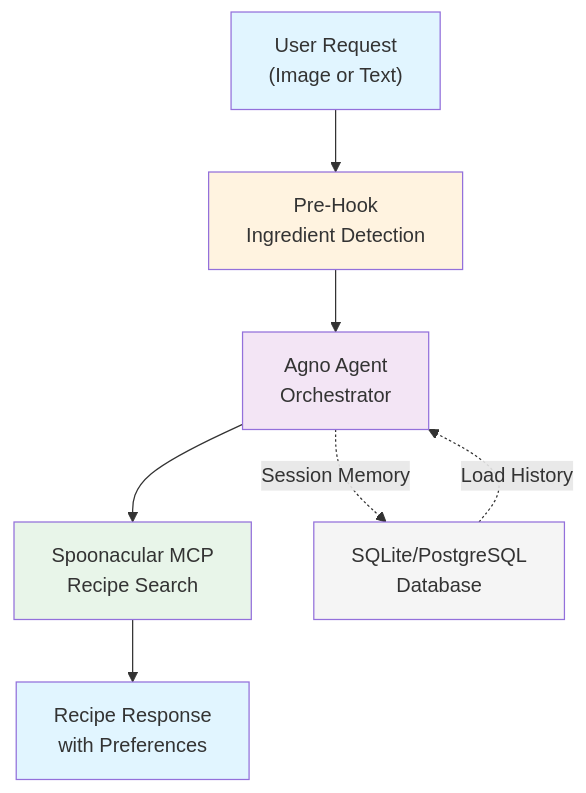
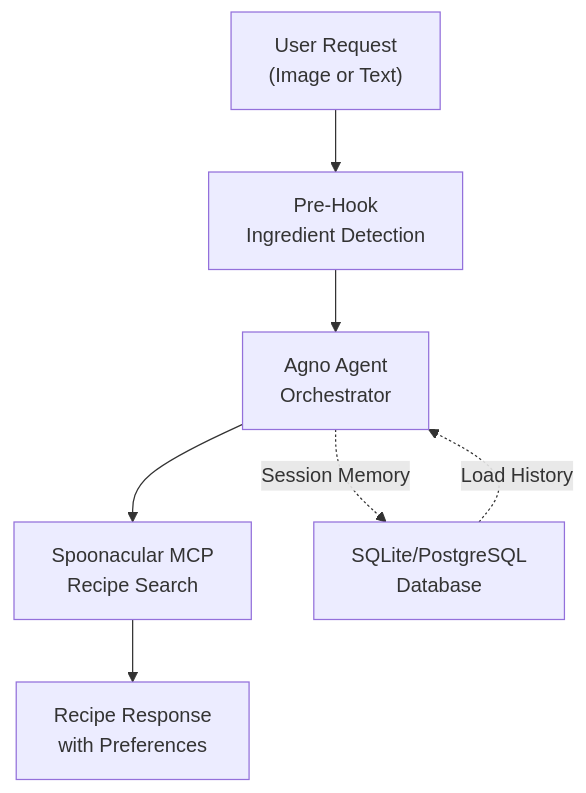
Before and after one commit to javiramos1/recipe-agent: the diagram in README.md, drawn with Mermaid. The commit also changed other lines of this file and 5 other files, not shown here.

````diff
--- a/README.md
+++ b/README.md
@@ -53,17 +62,10 @@
 ```mermaid
 graph TD
     A["User Request<br/>(Image or Text)"] --> B["Pre-Hook<br/>Ingredient Detection"]
     B --> C["Agno Agent<br/>Orchestrator"]
     C --> D["Spoonacular MCP<br/>Recipe Search"]
     D --> E["Recipe Response<br/>with Preferences"]
     
     C -.->|Session Memory| F["SQLite/PostgreSQL<br/>Database"]
     F -.->|Load History| C
-    
-    style A fill:#e1f5ff
-    style B fill:#fff3e0
-    style C fill:#f3e5f5
-    style D fill:#e8f5e9
-    style E fill:#e1f5ff
-    style F fill:#f5f5f5
 ```
````
